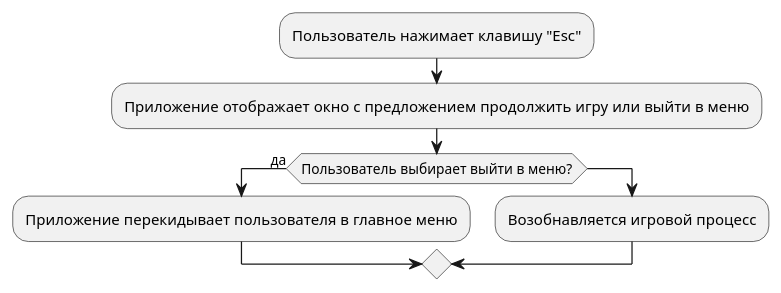
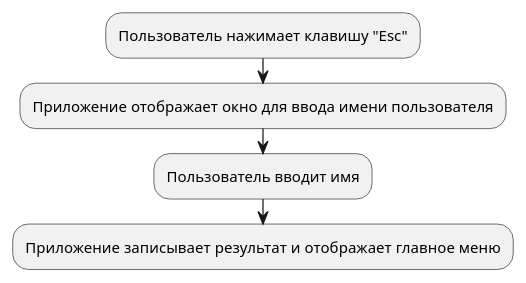
One commit to DoNik226/software_development changed the diagram in docs/4.iuml. Above: the diagram before and after it, drawn with PlantUML.

```diff
--- a/docs/4.iuml
+++ b/docs/4.iuml
@@ -1,9 +1,6 @@
 @startuml
 :Пользователь нажимает клавишу "Esc";
-:Приложение отображает окно с предложением продолжить игру или выйти в меню;
-if (Пользователь выбирает выйти в меню?) is (да) then
-  :Приложение перекидывает пользователя в главное меню;
-else
-  :Возобнавляется игровой процесс;
-endif
+:Приложение отображает окно для ввода имени пользователя;
+:Пользователь вводит имя;
+:Приложение записывает результат и отображает главное меню;
 @enduml
```
